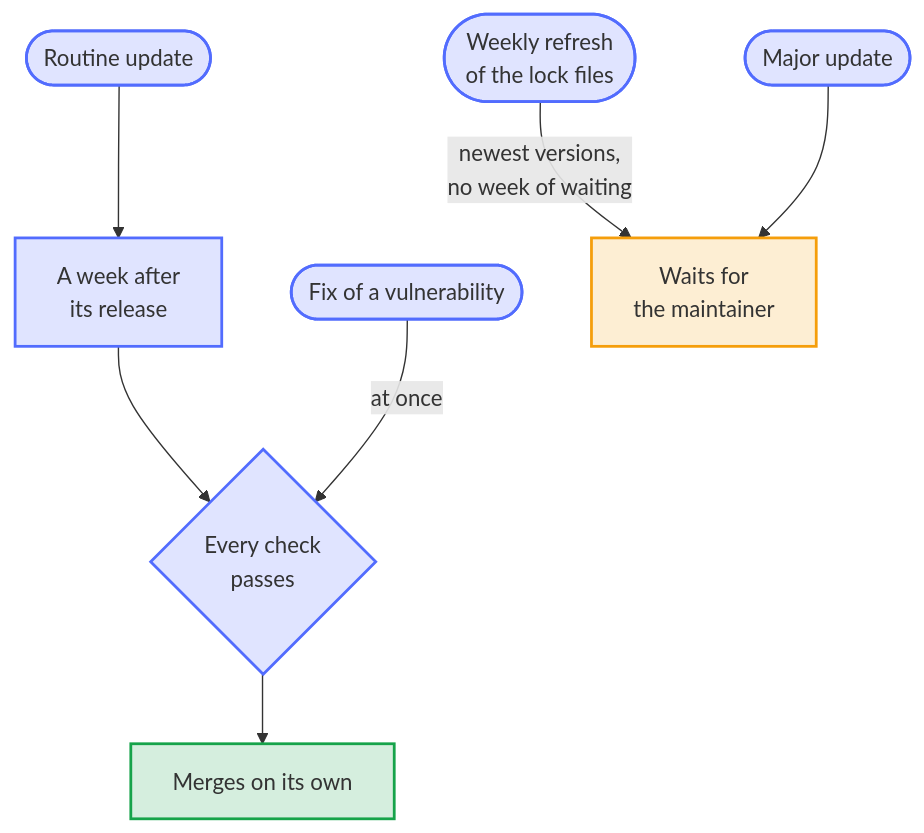
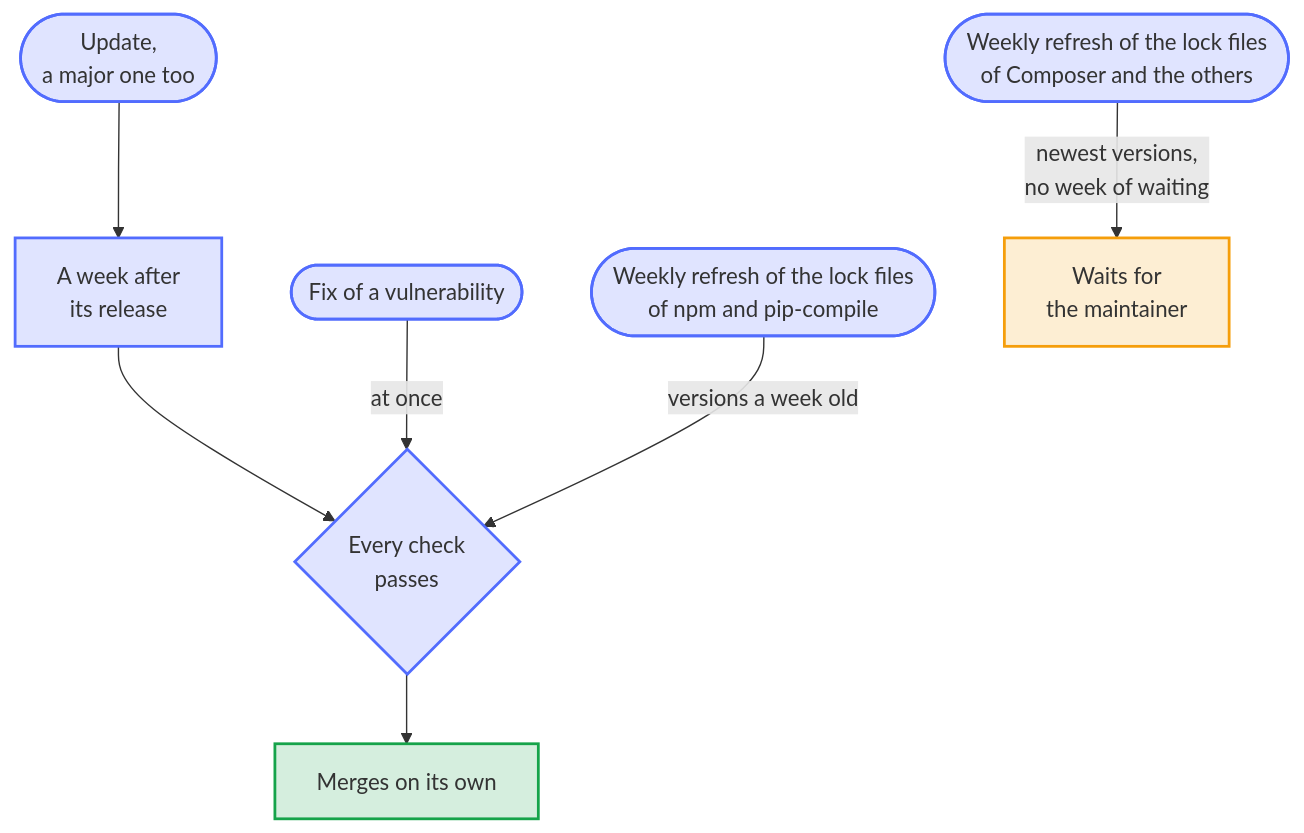
One commit to Dennis-Otto/repo-blueprint changed the diagram in docs/diagrams/which-updates-of-renovate-merge-on-their-own.mmd. Above: the diagram before and after it, drawn with Mermaid. The commit also changed 38 other files, not shown here.

First line of the commit message:
feat: a major update of Renovate or Dependabot merges by itself once every check passes (#885)

```diff
--- a/docs/diagrams/which-updates-of-renovate-merge-on-their-own.mmd
+++ b/docs/diagrams/which-updates-of-renovate-merge-on-their-own.mmd
@@ -1,30 +1,30 @@
 ---
 config:
   flowchart:
     wrappingWidth: 400
 ---
 flowchart TB
     accTitle: Which updates of Renovate merge on their own
-    accDescr: A routine update waits a week after its release and then merges on its own once every check passes. An update that fixes a vulnerability comes at once and merges on its own. The weekly refresh of the lock files brings the newest version of every indirect dependency, without a week of waiting, so it waits for the maintainer, as a major update does.
+    accDescr: Every update, a major one too, waits a week after its release and then merges on its own once every check passes. An update that fixes a vulnerability comes at once and merges on its own. The weekly refresh of the lock files of npm and pip-compile keeps to versions a week old and merges on its own as well. The refresh of a package manager that can't keep to that age, such as Composer, brings the newest version of every indirect dependency, without a week of waiting, so it waits for the maintainer.
 
-    routine(["Routine update"])
+    update(["Update,<br>a major one too"])
     fix(["Fix of a vulnerability"])
-    refresh(["Weekly refresh<br>of the lock files"])
-    major(["Major update"])
+    refresh(["Weekly refresh of the lock files<br>of npm and pip-compile"])
+    composer(["Weekly refresh of the lock files<br>of Composer and the others"])
     week["A week after<br>its release"]
     checks{"Every check<br>passes"}
     merge["Merges on its own"]
     maintainer["Waits for<br>the maintainer"]
 
-    routine --> week --> checks
+    update --> week --> checks
     fix -- "at once" --> checks
+    refresh -- "versions a week old" --> checks
     checks --> merge
-    refresh -- "newest versions,<br>no week of waiting" --> maintainer
-    major --> maintainer
+    composer -- "newest versions,<br>no week of waiting" --> maintainer
 
     classDef bot fill:#526cfe2e,stroke:#526cfe,stroke-width:2px
     classDef person fill:#f59e0b2e,stroke:#f59e0b,stroke-width:2px
     classDef done fill:#16a34a2e,stroke:#16a34a,stroke-width:2px
-    class routine,fix,refresh,major,week,checks bot
+    class update,fix,refresh,composer,week,checks bot
     class maintainer person
     class merge done
```
